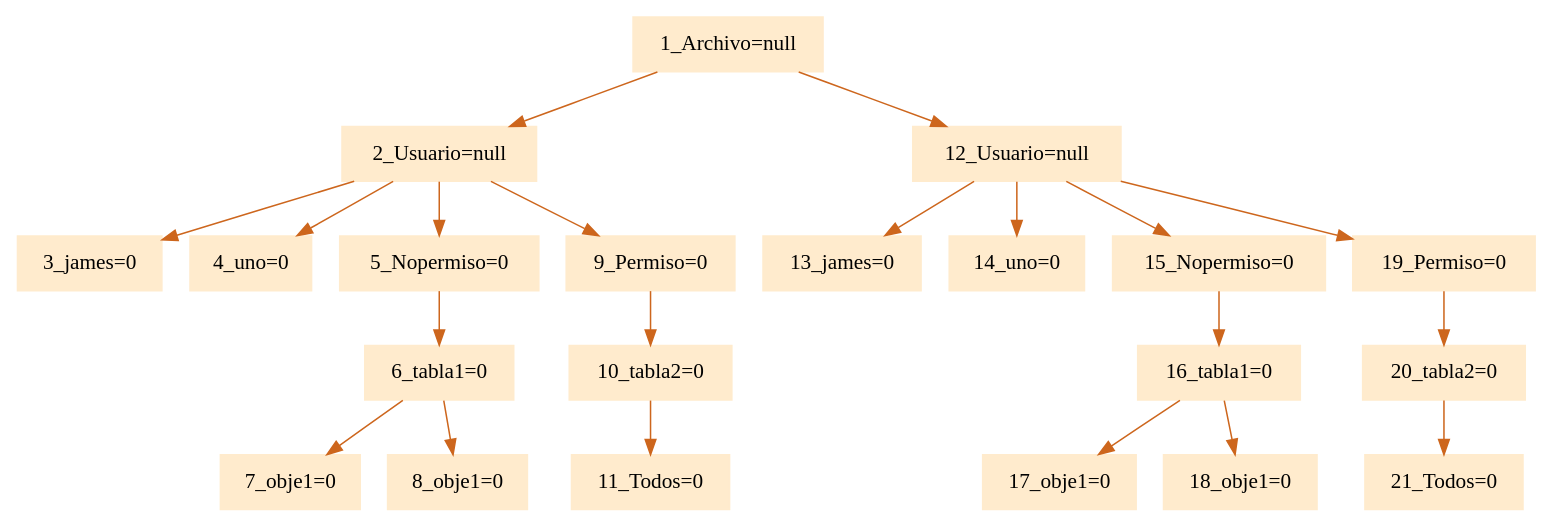
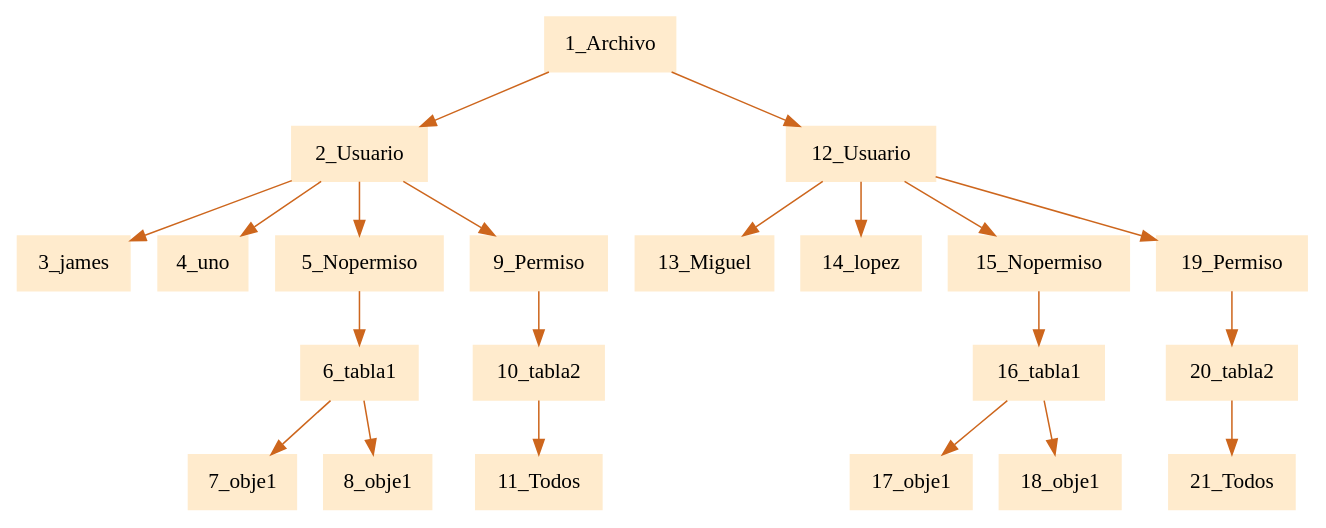
The diagram in pr1Compilarodores2/usu.dot (JamesMelgar/compi2javaccpr1), drawn with Graphviz before and after one commit. The commit also changed 14 other files, not shown here.

```diff
--- a/pr1Compilarodores2/usu.dot
+++ b/pr1Compilarodores2/usu.dot
@@ -1,5 +1,5 @@
 digraph G {node[shape=box, style=filled, color=blanchedalmond]; edge[color=chocolate3];rankdir=UD 
 
-"1_Archivo=null"->"2_Usuario=null""2_Usuario=null"->"3_james=0""2_Usuario=null"->"4_uno=0""2_Usuario=null"->"5_Nopermiso=0""5_Nopermiso=0"->"6_tabla1=0""6_tabla1=0"->"7_obje1=0""6_tabla1=0"->"8_obje1=0""2_Usuario=null"->"9_Permiso=0""9_Permiso=0"->"10_tabla2=0""10_tabla2=0"->"11_Todos=0""1_Archivo=null"->"12_Usuario=null""12_Usuario=null"->"13_james=0""12_Usuario=null"->"14_uno=0""12_Usuario=null"->"15_Nopermiso=0""15_Nopermiso=0"->"16_tabla1=0""16_tabla1=0"->"17_obje1=0""16_tabla1=0"->"18_obje1=0""12_Usuario=null"->"19_Permiso=0""19_Permiso=0"->"20_tabla2=0""20_tabla2=0"->"21_Todos=0"
+"1_Archivo"->"2_Usuario""2_Usuario"->"3_james""2_Usuario"->"4_uno""2_Usuario"->"5_Nopermiso""5_Nopermiso"->"6_tabla1""6_tabla1"->"7_obje1""6_tabla1"->"8_obje1""2_Usuario"->"9_Permiso""9_Permiso"->"10_tabla2""10_tabla2"->"11_Todos""1_Archivo"->"12_Usuario""12_Usuario"->"13_Miguel""12_Usuario"->"14_lopez""12_Usuario"->"15_Nopermiso""15_Nopermiso"->"16_tabla1""16_tabla1"->"17_obje1""16_tabla1"->"18_obje1""12_Usuario"->"19_Permiso""19_Permiso"->"20_tabla2""20_tabla2"->"21_Todos"
 
 }
```
